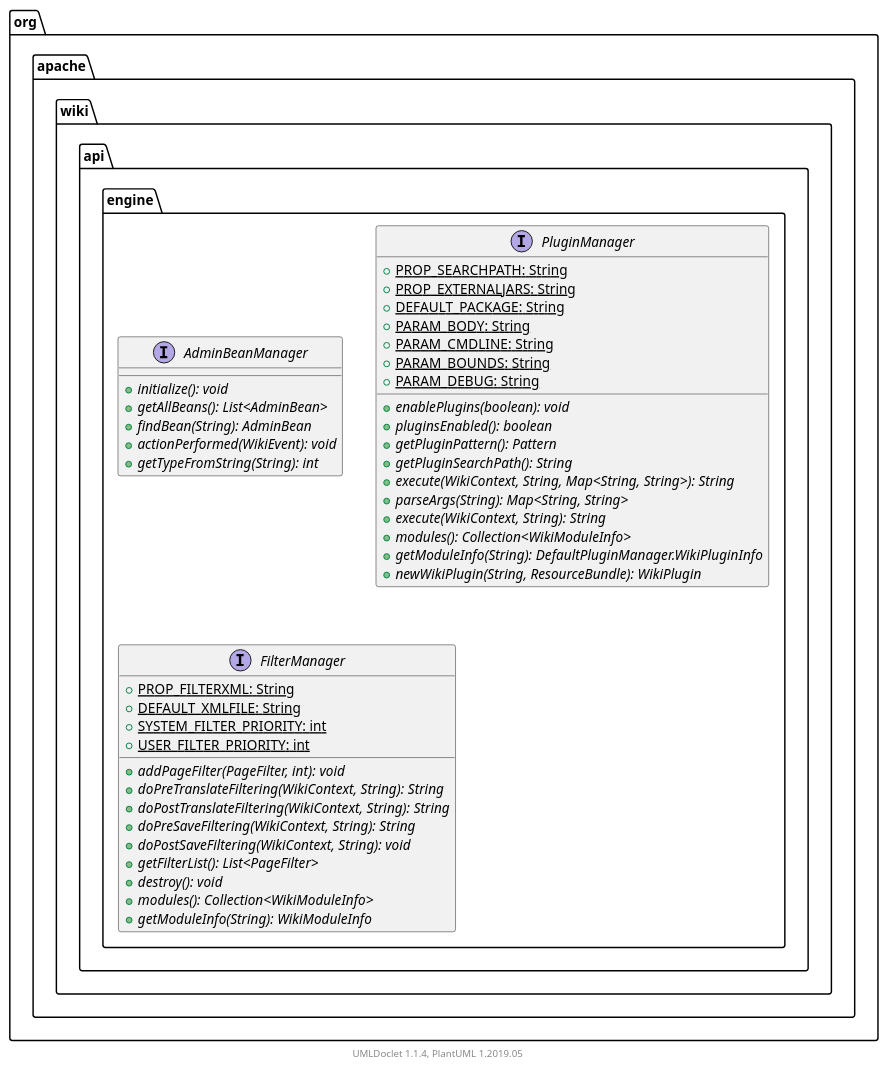
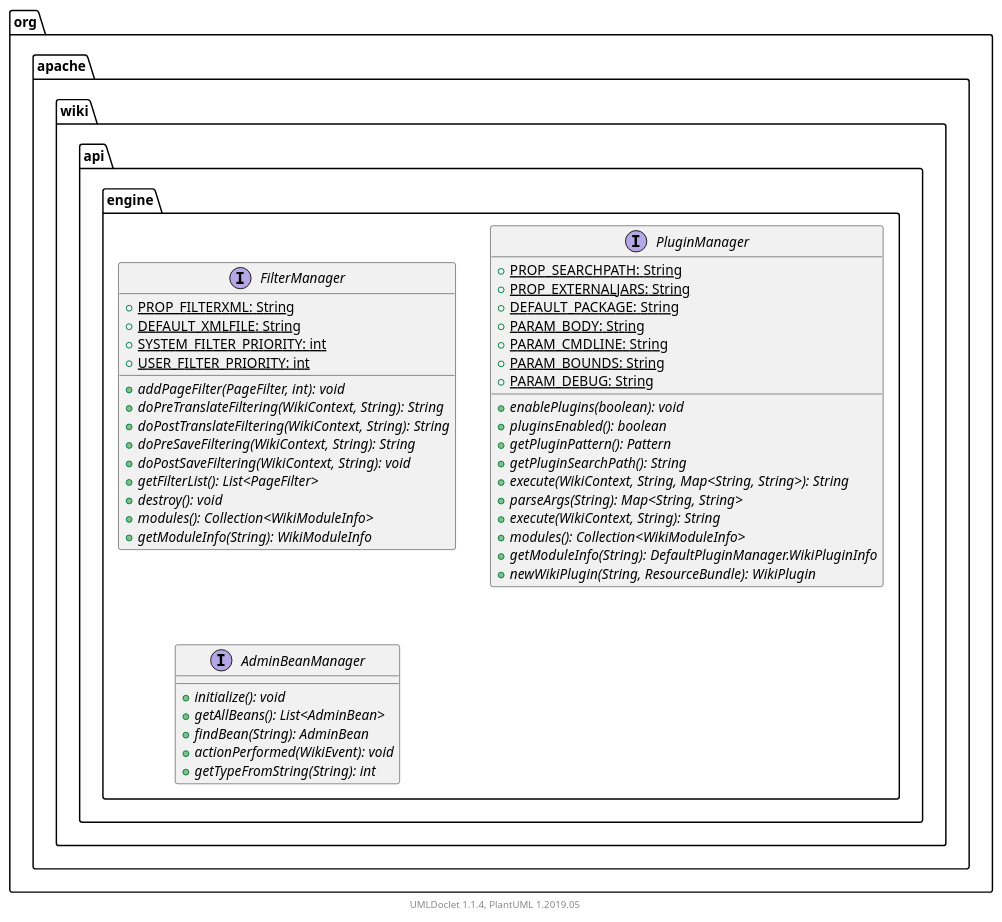
One commit to apache/jspwiki-site changed the diagram in apidocs/2.11.0.M7-SNAPSHOT/org/apache/wiki/api/engine/package.puml. Above: the diagram before and after it, drawn with PlantUML. The commit also changed other lines of this file and 1591 other files, not shown here.

```diff
--- a/apidocs/2.11.0.M7-SNAPSHOT/org/apache/wiki/api/engine/package.puml
+++ b/apidocs/2.11.0.M7-SNAPSHOT/org/apache/wiki/api/engine/package.puml
@@ -1,53 +1,53 @@
 @startuml
 
     namespace org.apache.wiki.api.engine {
 
-        interface AdminBeanManager [[AdminBeanManager.html]] {
-            {abstract} +initialize(): void
-            {abstract} +getAllBeans(): List<AdminBean>
-            {abstract} +findBean(String): AdminBean
-            {abstract} +actionPerformed(WikiEvent): void
-            {abstract} +getTypeFromString(String): int
+        interface FilterManager [[FilterManager.html]] {
+            {static} +PROP_FILTERXML: String
+            {static} +DEFAULT_XMLFILE: String
+            {static} +SYSTEM_FILTER_PRIORITY: int
+            {static} +USER_FILTER_PRIORITY: int
+            {abstract} +addPageFilter(PageFilter, int): void
+            {abstract} +doPreTranslateFiltering(WikiContext, String): String
+            {abstract} +doPostTranslateFiltering(WikiContext, String): String
+            {abstract} +doPreSaveFiltering(WikiContext, String): String
+            {abstract} +doPostSaveFiltering(WikiContext, String): void
+            {abstract} +getFilterList(): List<PageFilter>
+            {abstract} +destroy(): void
+            {abstract} +modules(): Collection<WikiModuleInfo>
+            {abstract} +getModuleInfo(String): WikiModuleInfo
         }
 
         interface PluginManager [[PluginManager.html]] {
             {static} +PROP_SEARCHPATH: String
             {static} +PROP_EXTERNALJARS: String
             {static} +DEFAULT_PACKAGE: String
             {static} +PARAM_BODY: String
             {static} +PARAM_CMDLINE: String
             {static} +PARAM_BOUNDS: String
             {static} +PARAM_DEBUG: String
             {abstract} +enablePlugins(boolean): void
             {abstract} +pluginsEnabled(): boolean
             {abstract} +getPluginPattern(): Pattern
             {abstract} +getPluginSearchPath(): String
             {abstract} +execute(WikiContext, String, Map<String, String>): String
             {abstract} +parseArgs(String): Map<String, String>
             {abstract} +execute(WikiContext, String): String
             {abstract} +modules(): Collection<WikiModuleInfo>
             {abstract} +getModuleInfo(String): DefaultPluginManager.WikiPluginInfo
             {abstract} +newWikiPlugin(String, ResourceBundle): WikiPlugin
         }
 
-        interface FilterManager [[FilterManager.html]] {
-            {static} +PROP_FILTERXML: String
-            {static} +DEFAULT_XMLFILE: String
-            {static} +SYSTEM_FILTER_PRIORITY: int
-            {static} +USER_FILTER_PRIORITY: int
-            {abstract} +addPageFilter(PageFilter, int): void
-            {abstract} +doPreTranslateFiltering(WikiContext, String): String
-            {abstract} +doPostTranslateFiltering(WikiContext, String): String
-            {abstract} +doPreSaveFiltering(WikiContext, String): String
-            {abstract} +doPostSaveFiltering(WikiContext, String): void
-            {abstract} +getFilterList(): List<PageFilter>
-            {abstract} +destroy(): void
-            {abstract} +modules(): Collection<WikiModuleInfo>
-            {abstract} +getModuleInfo(String): WikiModuleInfo
+        interface AdminBeanManager [[AdminBeanManager.html]] {
+            {abstract} +initialize(): void
+            {abstract} +getAllBeans(): List<AdminBean>
+            {abstract} +findBean(String): AdminBean
+            {abstract} +actionPerformed(WikiEvent): void
+            {abstract} +getTypeFromString(String): int
         }
 
     }
 
 
     center footer UMLDoclet 1.1.4, PlantUML 1.2019.05
 @enduml
```
